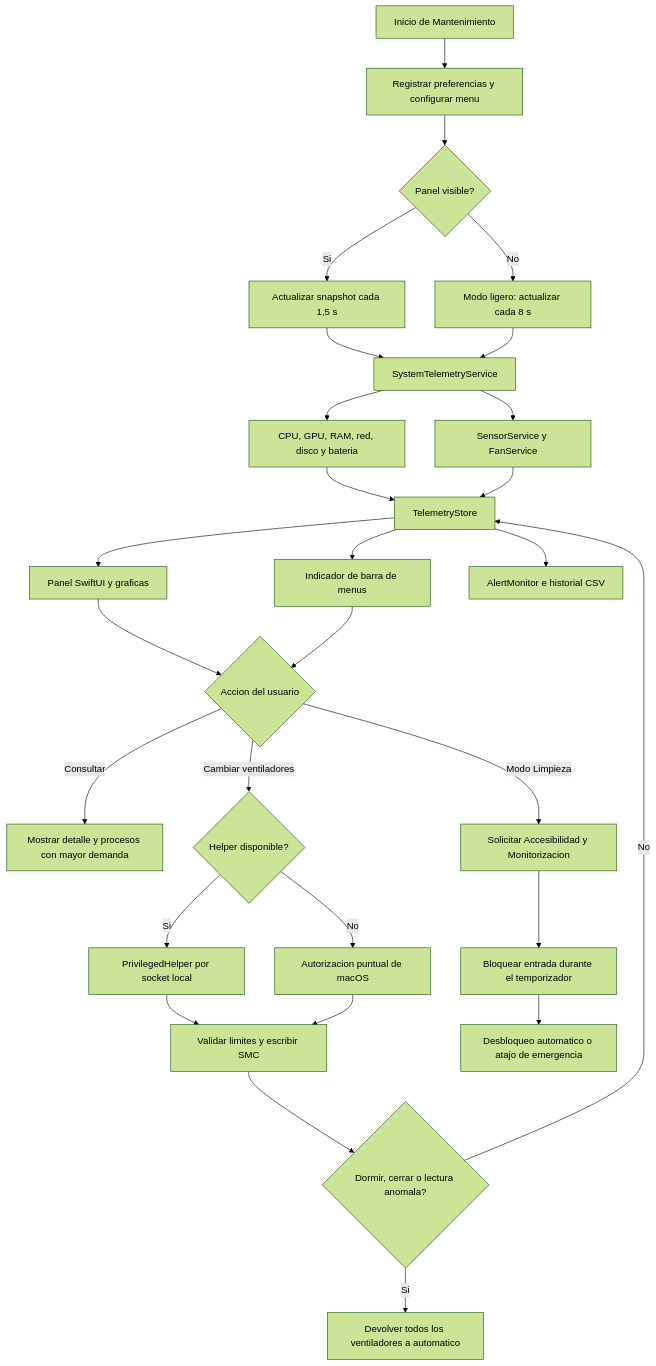
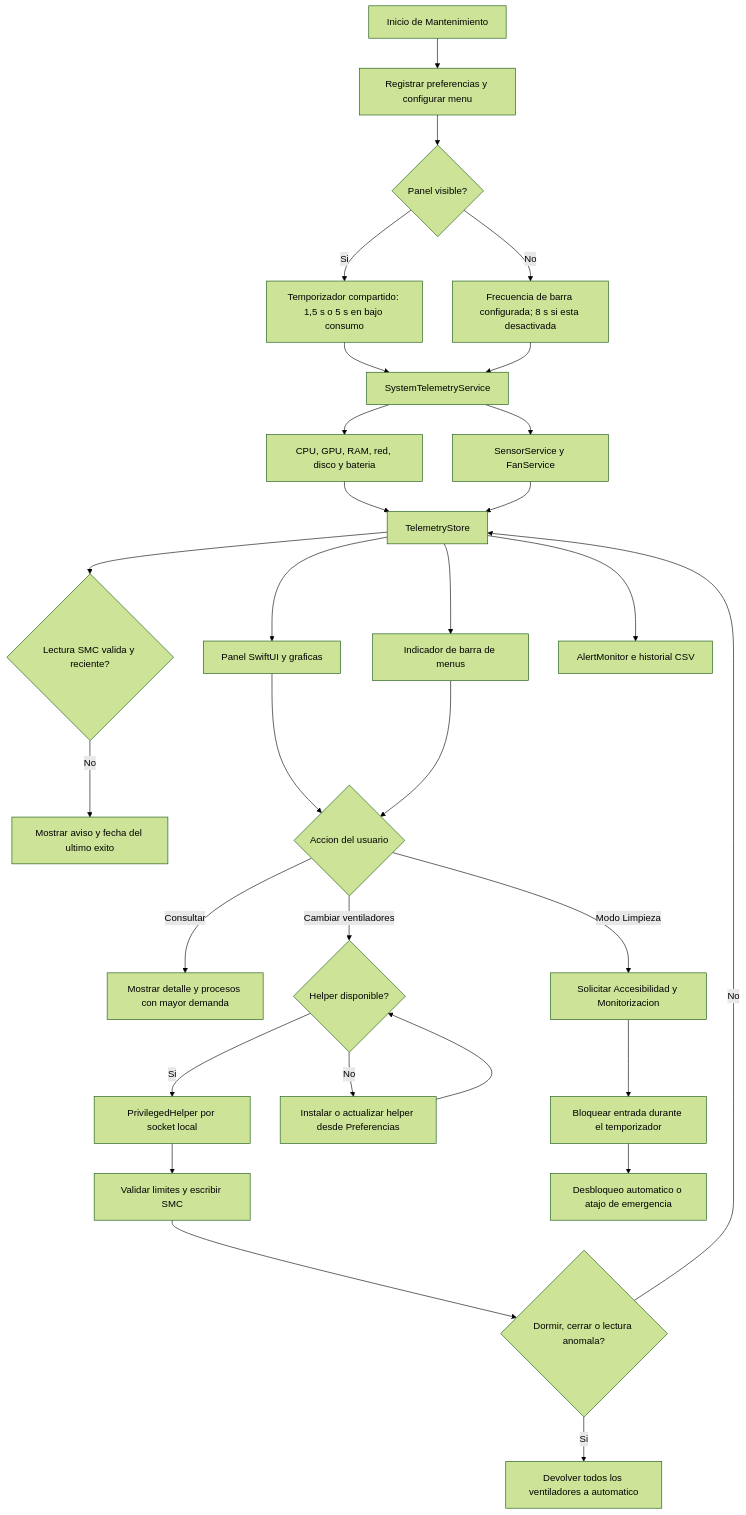
One commit to MarcOrtiz21/Mantenimiento changed the diagram in README.md. Above: the diagram before and after it, drawn with Mermaid (forest theme). The commit also changed other lines of this file and 41 other files, not shown here.

````diff
--- a/README.md
+++ b/README.md
@@ -99,30 +123,32 @@
 ```mermaid
 flowchart TD
     A[Inicio de Mantenimiento] --> B[Registrar preferencias y configurar menu]
     B --> C{Panel visible?}
-    C -->|Si| D[Actualizar snapshot cada 1,5 s]
-    C -->|No| E[Modo ligero: actualizar cada 8 s]
+    C -->|Si| D[Temporizador compartido: 1,5 s o 5 s en bajo consumo]
+    C -->|No| E[Frecuencia de barra configurada; 8 s si esta desactivada]
     D --> F[SystemTelemetryService]
     E --> F
     F --> G[CPU, GPU, RAM, red, disco y bateria]
     F --> H[SensorService y FanService]
     G --> I[TelemetryStore]
     H --> I
+    I --> X{Lectura SMC valida y reciente?}
+    X -->|No| Y[Mostrar aviso y fecha del ultimo exito]
     I --> J[Panel SwiftUI y graficas]
     I --> K[Indicador de barra de menus]
     I --> L[AlertMonitor e historial CSV]
     J --> M{Accion del usuario}
     K --> M
     M -->|Consultar| N[Mostrar detalle y procesos con mayor demanda]
     M -->|Cambiar ventiladores| O{Helper disponible?}
     O -->|Si| P[PrivilegedHelper por socket local]
-    O -->|No| Q[Autorizacion puntual de macOS]
+    O -->|No| Q[Instalar o actualizar helper desde Preferencias]
     P --> R[Validar limites y escribir SMC]
-    Q --> R
+    Q --> O
     R --> S{Dormir, cerrar o lectura anomala?}
     S -->|Si| T[Devolver todos los ventiladores a automatico]
     S -->|No| I
     M -->|Modo Limpieza| U[Solicitar Accesibilidad y Monitorizacion]
     U --> V[Bloquear entrada durante el temporizador]
     V --> W[Desbloqueo automatico o atajo de emergencia]
 ```
````
